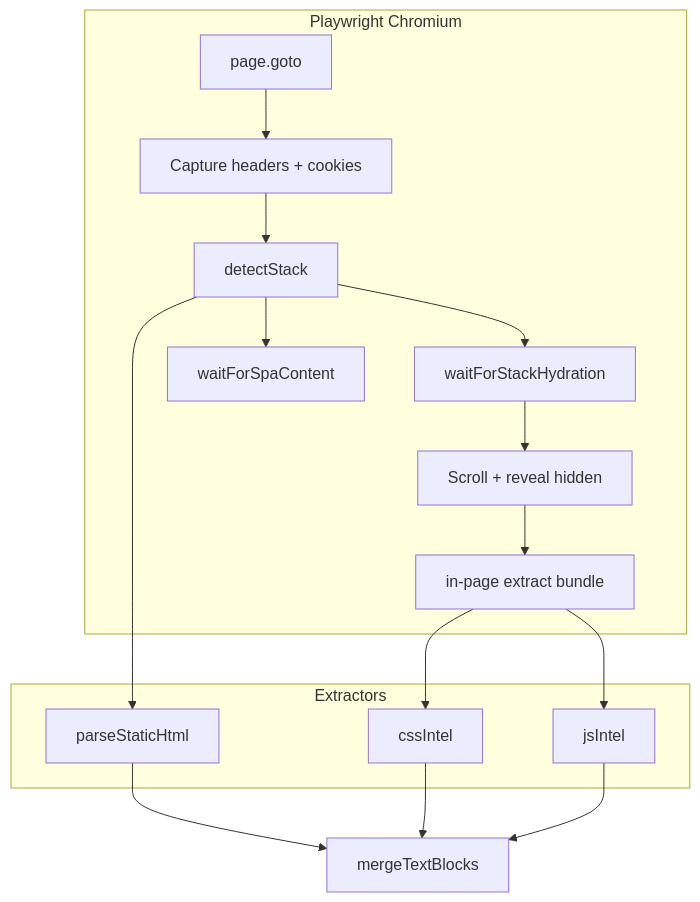
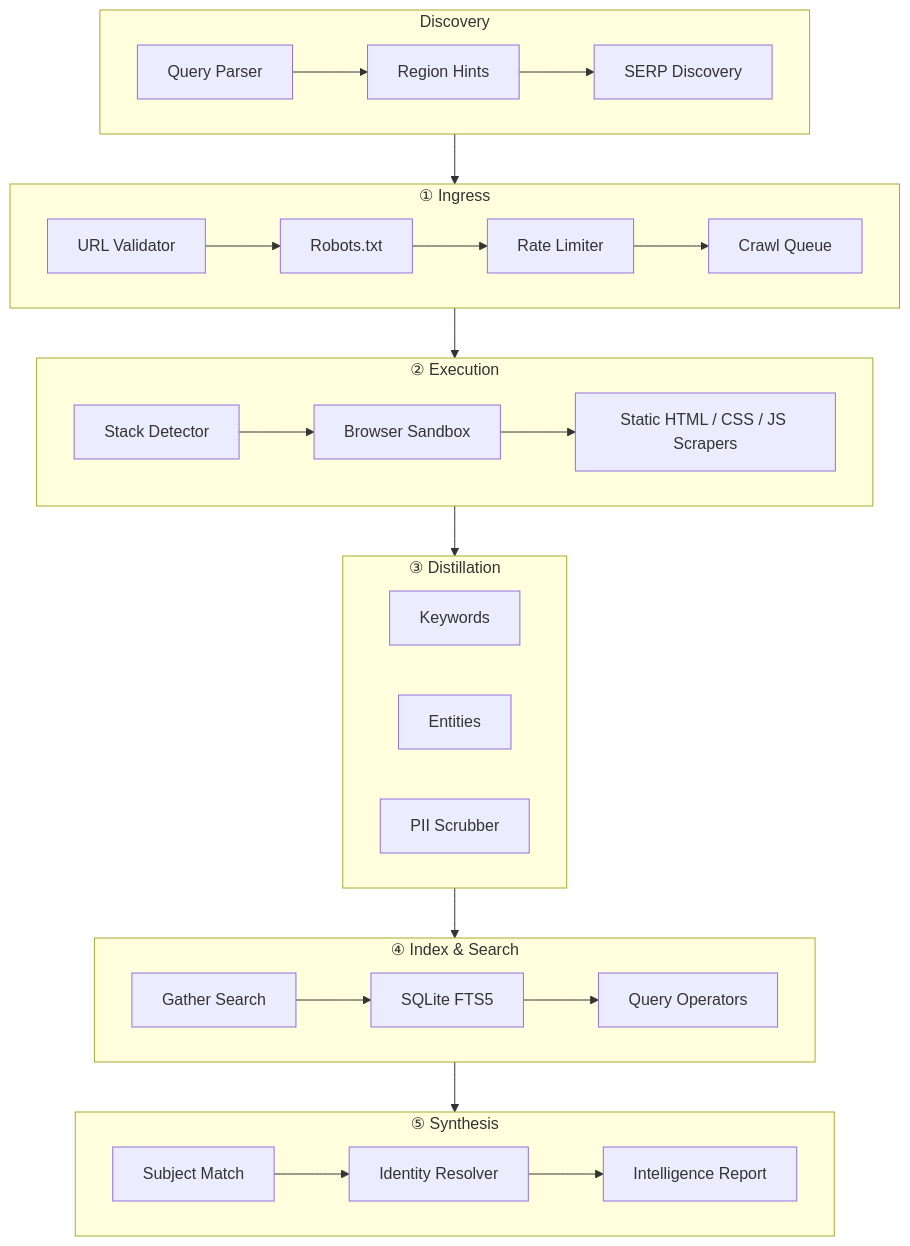
Before and after one commit to shep95/zophiel_search_engine.v2: the third of 3 diagrams in README.md, drawn with Mermaid. The commit also changed other lines of this file and 22 other files, not shown here.

First line of the commit message:
Add international two-pass search with operators and query-driven synthesis.

````diff
--- a/README.md
+++ b/README.md
@@ -282,29 +133,48 @@
 ```mermaid
-graph TB
-    subgraph Browser["Playwright Chromium"]
-        GOTO[page.goto]
-        HDR[Capture headers + cookies]
-        STACK[detectStack]
-        WAIT[waitForStackHydration]
-        SPA[waitForSpaContent]
-        HUMAN[Scroll + reveal hidden]
-        EXTRACT[in-page extract bundle]
+flowchart TB
+    subgraph Discovery["Discovery"]
+        QP[Query Parser]
+        RH[Region Hints]
+        SERP[SERP Discovery]
+        QP --> RH --> SERP
     end
 
-    subgraph Extractors
-        STATIC[parseStaticHtml]
-        CSS2[cssIntel]
-        JS2[jsIntel]
+    subgraph Ingress["① Ingress"]
+        UV[URL Validator]
+        RBT[Robots.txt]
+        RL[Rate Limiter]
+        CQ[Crawl Queue]
+        UV --> RBT --> RL --> CQ
     end
 
-    GOTO --> HDR --> STACK
-    STACK --> WAIT
-    STACK --> SPA
-    WAIT --> HUMAN --> EXTRACT
-    STACK --> STATIC
-    EXTRACT --> CSS2
-    EXTRACT --> JS2
-    STATIC --> MERGE[mergeTextBlocks]
-    CSS2 --> MERGE
-    JS2 --> MERGE
+    subgraph Execution["② Execution"]
+        SD[Stack Detector]
+        BS[Browser Sandbox]
+        SH[Static HTML / CSS / JS Scrapers]
+        SD --> BS --> SH
+    end
+
+    subgraph Distillation["③ Distillation"]
+        KE[Keywords]
+        EE[Entities]
+        PS[PII Scrubber]
+    end
+
+    subgraph Index["④ Index & Search"]
+        FTS[SQLite FTS5]
+        OP[Query Operators]
+        GS[Gather Search]
+        FTS --> OP
+        GS --> FTS
+    end
+
+    subgraph Synthesis["⑤ Synthesis"]
+        SM[Subject Match]
+        IR[Identity Resolver]
+        REP[Intelligence Report]
+        SM --> IR --> REP
+    end
+
+    Discovery --> Ingress --> Execution --> Distillation --> Index
+    Index --> Synthesis
 ```
````
